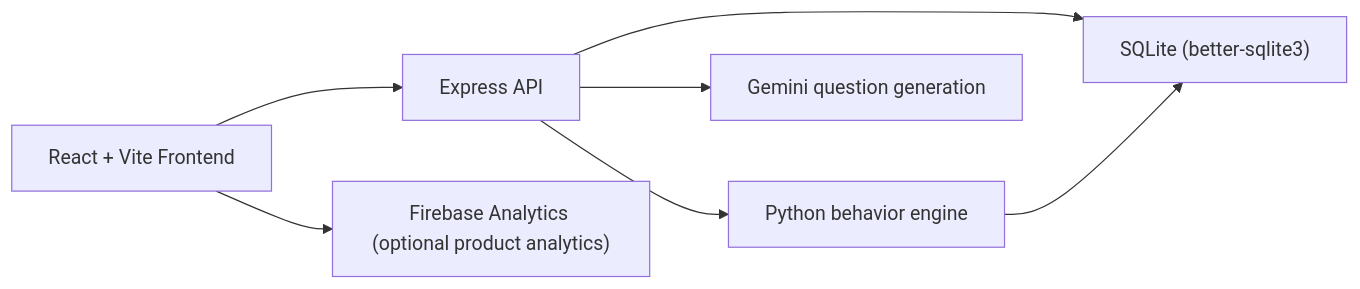
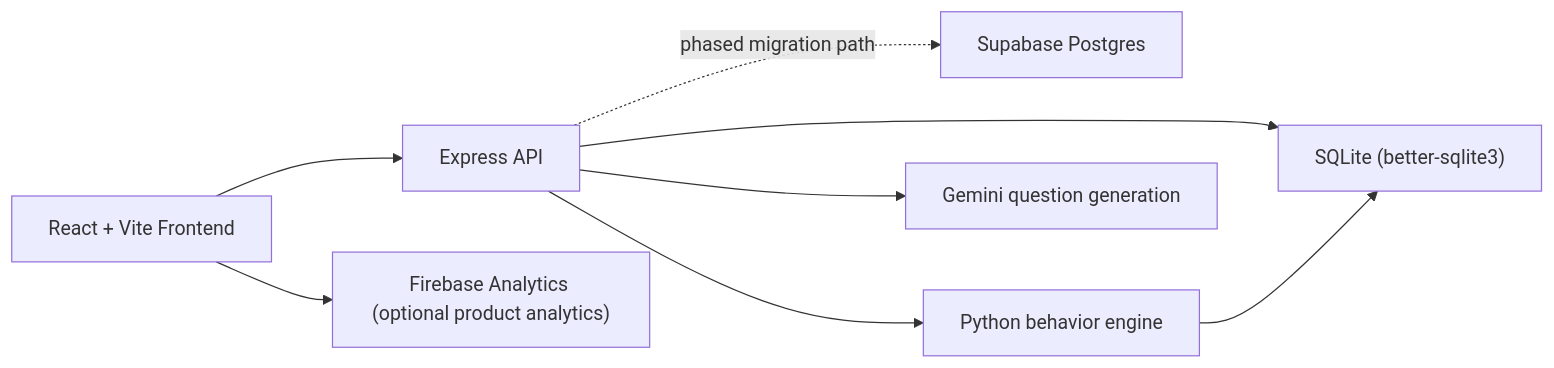
Before and after one commit to EyalWorkNow/quizzi: the diagram in README.md, drawn with Mermaid. The commit also changed other lines of this file and 30 other files, not shown here.

````diff
--- a/README.md
+++ b/README.md
@@ -46,9 +46,10 @@
 ```mermaid
 flowchart LR
   A["React + Vite Frontend"] --> B["Express API"]
   B --> C["SQLite (better-sqlite3)"]
+  B -. "phased migration path" .-> G["Supabase Postgres"]
   B --> D["Python behavior engine"]
   B --> E["Gemini question generation"]
   A --> F["Firebase Analytics (optional product analytics)"]
   D --> C
 ```
````
